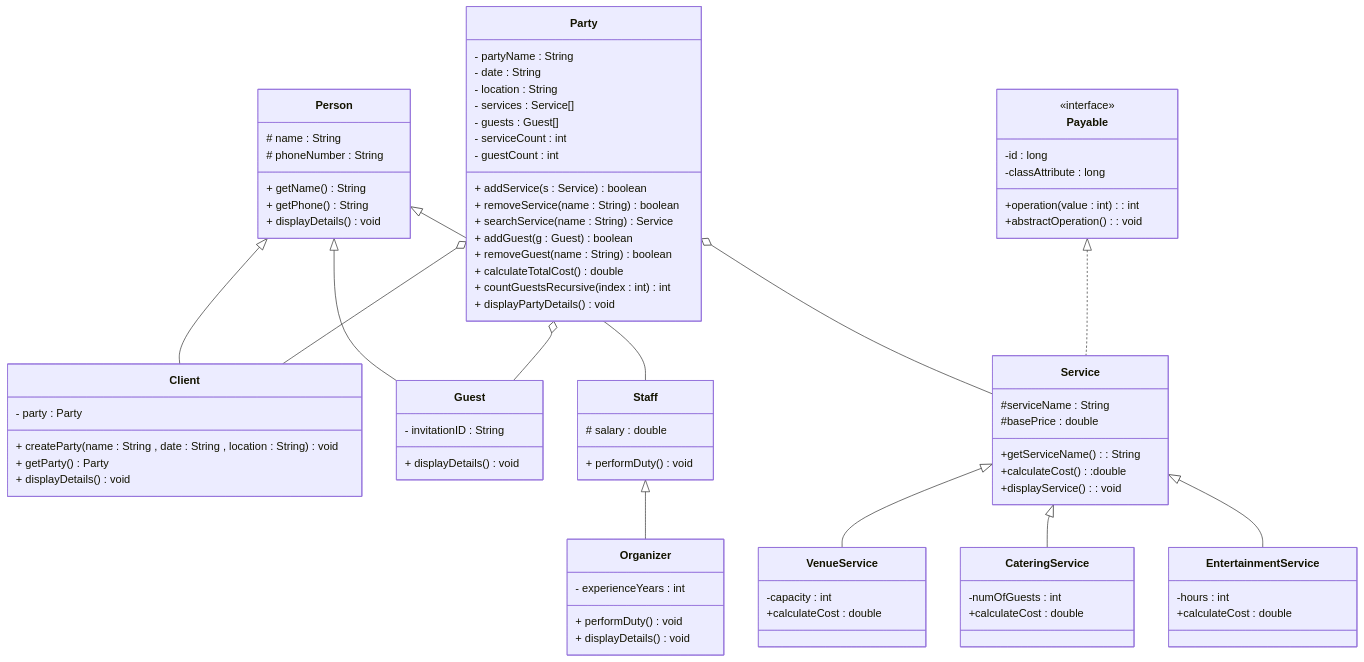
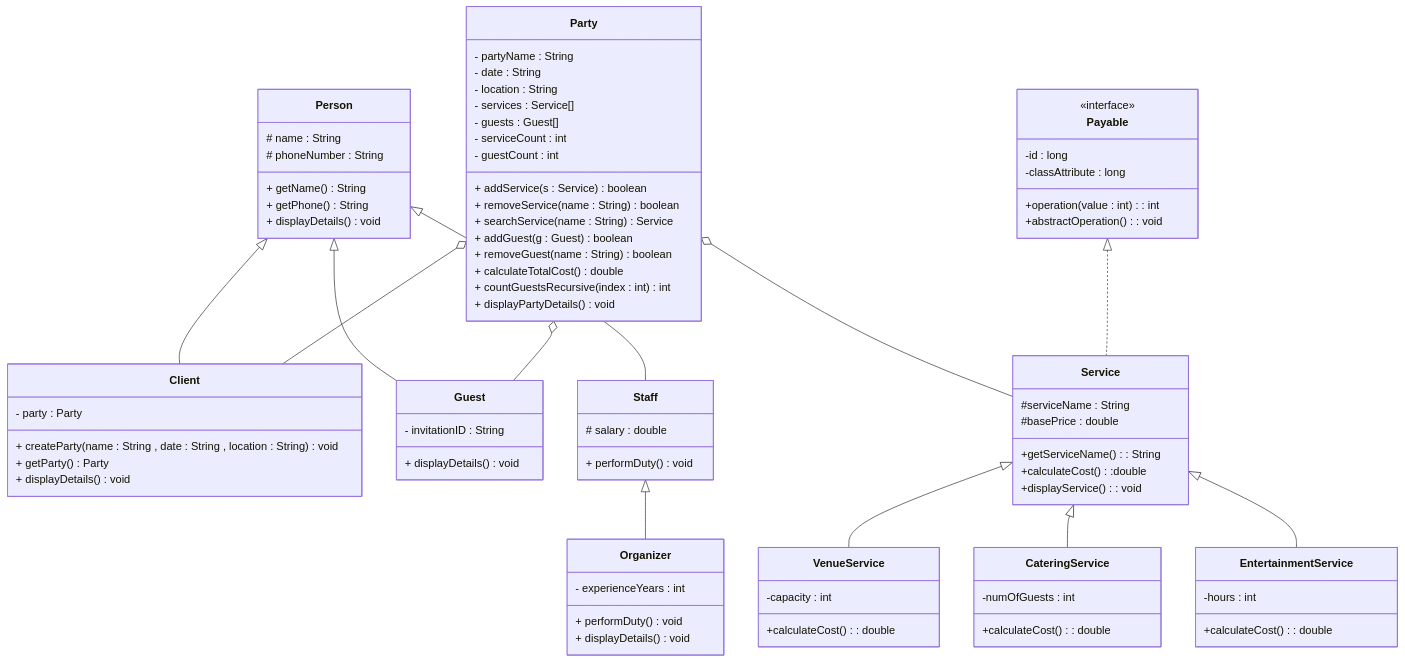
Before and after one commit to Aljawharah46/CSC113-project-P1: the diagram in README.md, drawn with Mermaid.

```diff
--- a/README.md
+++ b/README.md
@@ -61,17 +61,17 @@
 
 class VenueService {
 -capacity : int
-+calculateCost : double
++calculateCost() : double
 }
 
 class CateringService {
 -numOfGuests : int
-+calculateCost : double
++calculateCost() : double
 }
 
 class EntertainmentService {
 -hours : int
-+calculateCost : double
++calculateCost() : double
 }
 
 class Payable {
```
